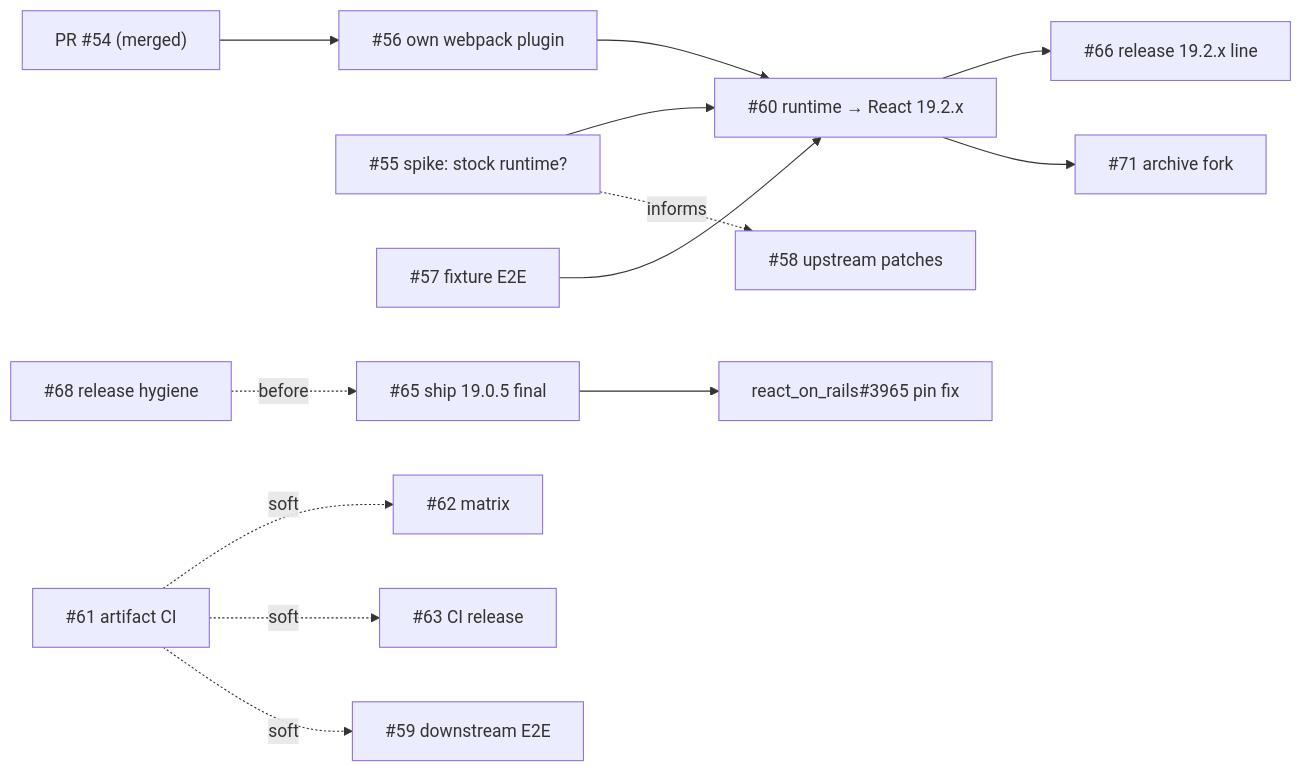
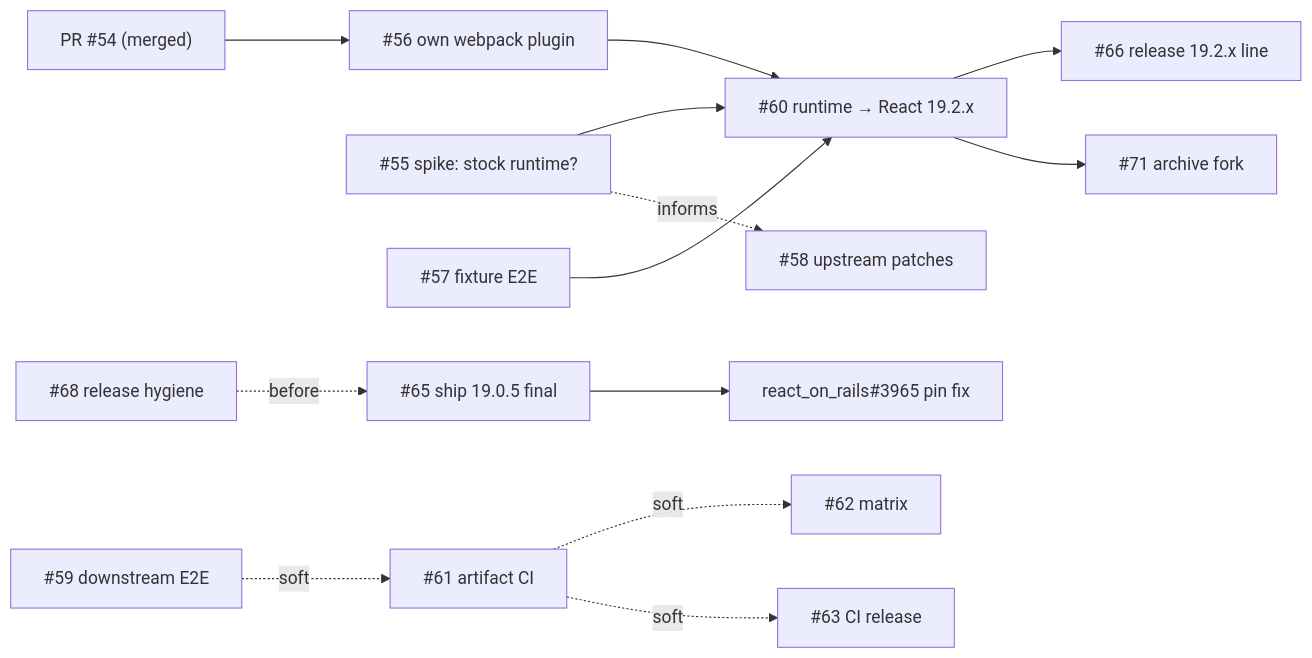
One commit to shakacode/react_on_rails_rsc changed the diagram in docs/repo-improvement-audit-2026-06.md. Above: the diagram before and after it, drawn with Mermaid. The commit also changed other lines of this file, not shown here.

````diff
--- a/docs/repo-improvement-audit-2026-06.md
+++ b/docs/repo-improvement-audit-2026-06.md
@@ -225,15 +225,15 @@
 ```mermaid
 flowchart LR
   pr54["PR #54 (merged)"] --> i56
   i55["#55 spike: stock runtime?"] --> i60
   i56["#56 own webpack plugin"] --> i60
   i57["#57 fixture E2E"] --> i60
   i60["#60 runtime → React 19.2.x"] --> i66["#66 release 19.2.x line"]
   i60 --> i71["#71 archive fork"]
   i65["#65 ship 19.0.5 final"] --> ror["react_on_rails#3965 pin fix"]
   i68["#68 release hygiene"] -. before .-> i65
+  i59["#59 downstream E2E"] -. soft .-> i61["#61 artifact CI"]
   i61["#61 artifact CI"] -. soft .-> i62["#62 matrix"]
   i61 -. soft .-> i63["#63 CI release"]
-  i61 -. soft .-> i59["#59 downstream E2E"]
   i55 -. informs .-> i58["#58 upstream patches"]
 ```
````
